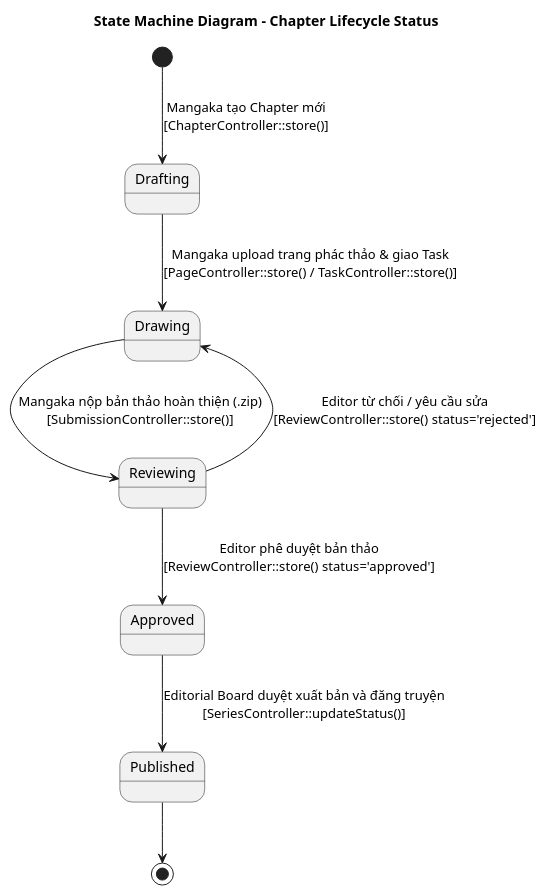
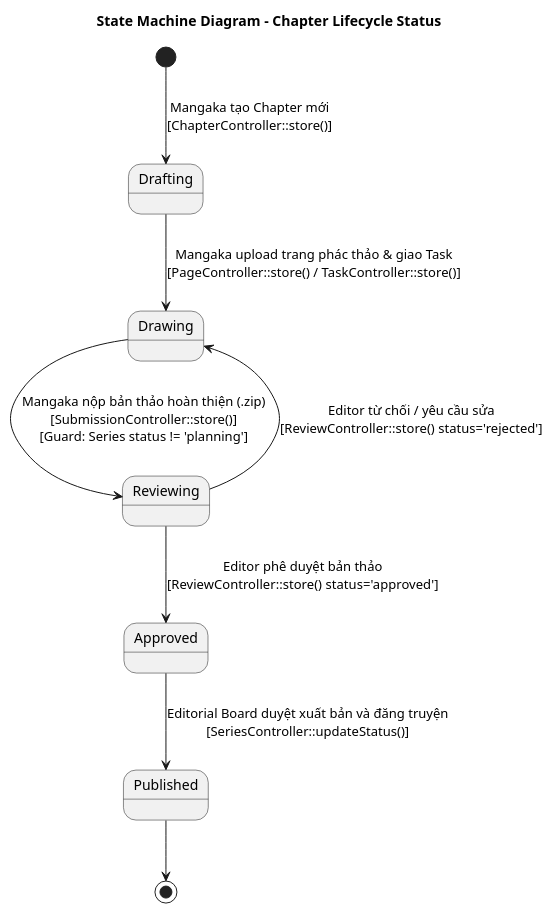
One commit to trongtan0079/Manga-publishing-management-system changed the diagram in UML/State_Machine_Chapter.puml. Above: the diagram before and after it, drawn with PlantUML. The commit also changed 11 other files, not shown here.

Commit message:
Docs: Cập nhật đồng bộ sơ đồ UML (ERD, Class, Sequence) và các tài liệu thiết kế (Database_design, MVC) khớp với thực tế mã nguồn

```diff
--- a/UML/State_Machine_Chapter.puml
+++ b/UML/State_Machine_Chapter.puml
@@ -1,17 +1,17 @@
 @startuml
 title State Machine Diagram - Chapter Lifecycle Status
 
 [*] --> Drafting : Mangaka tạo Chapter mới\n[ChapterController::store()]
 
 Drafting --> Drawing : Mangaka upload trang phác thảo & giao Task\n[PageController::store() / TaskController::store()]
 
-Drawing --> Reviewing : Mangaka nộp bản thảo hoàn thiện (.zip)\n[SubmissionController::store()]
+Drawing --> Reviewing : Mangaka nộp bản thảo hoàn thiện (.zip)\n[SubmissionController::store()]\n[Guard: Series status != 'planning']
 
 Reviewing --> Drawing : Editor từ chối / yêu cầu sửa\n[ReviewController::store() status='rejected']
 
 Reviewing --> Approved : Editor phê duyệt bản thảo\n[ReviewController::store() status='approved']
 
 Approved --> Published : Editorial Board duyệt xuất bản và đăng truyện\n[SeriesController::updateStatus()]
 
 Published --> [*]
 @enduml
```
